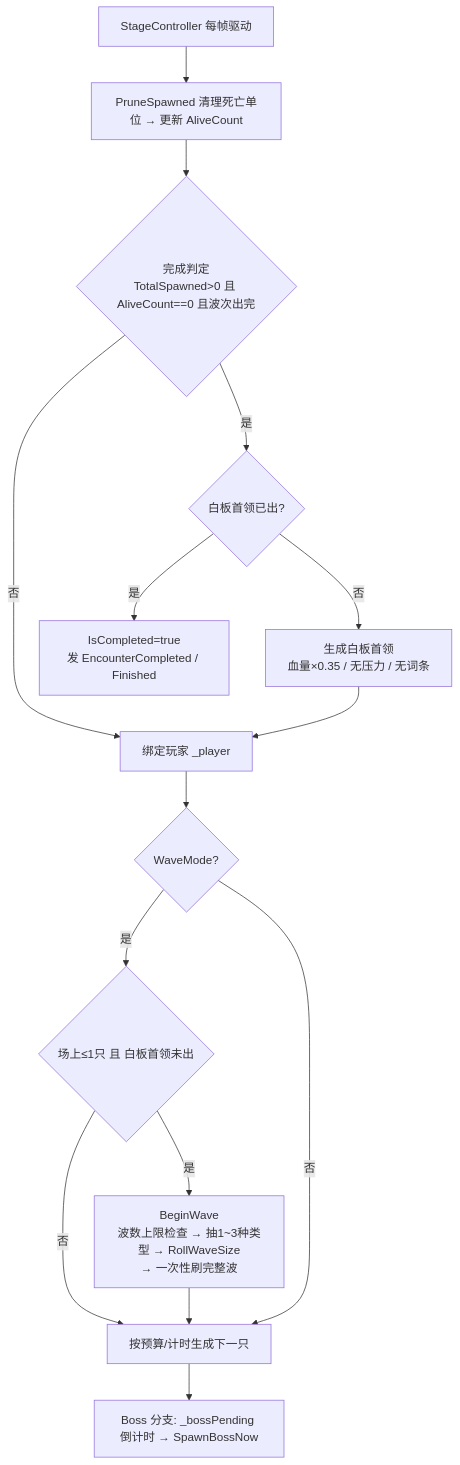
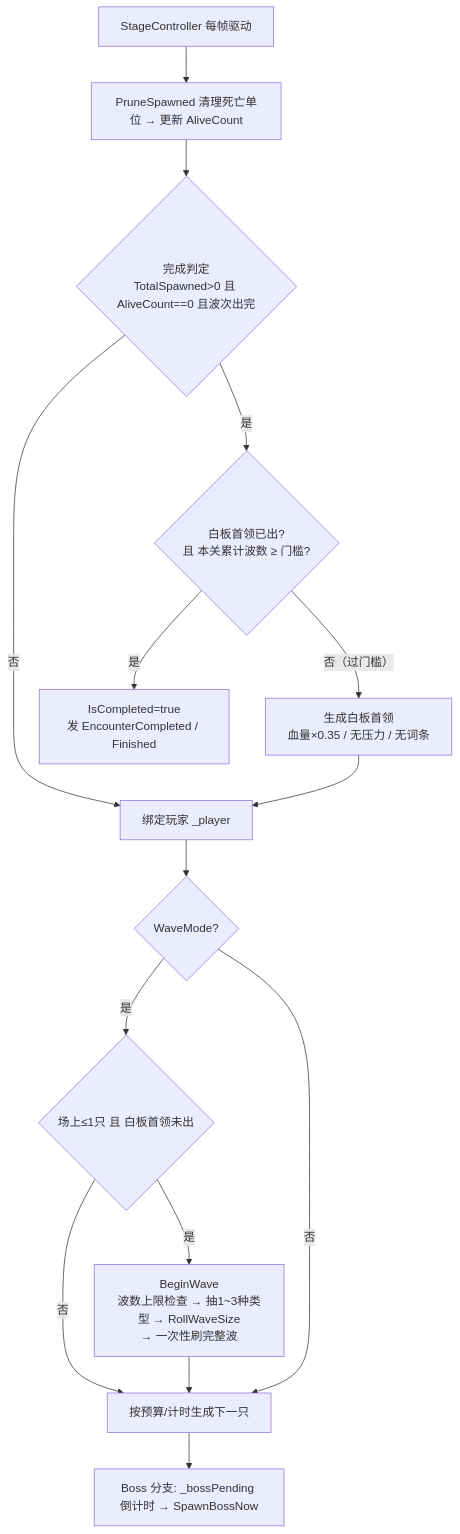
Before and after one commit to huayu-01/GamePJ: the first of 2 diagrams in docs/controller-flow.md, drawn with Mermaid. The commit also changed other lines of this file and 39 other files, not shown here.

````diff
--- a/docs/controller-flow.md
+++ b/docs/controller-flow.md
@@ -27,16 +33,16 @@
 ```mermaid
 flowchart TD
     A[StageController 每帧驱动] --> B[PruneSpawned 清理死亡单位 → 更新 AliveCount]
     B --> C{完成判定<br/>TotalSpawned>0 且 AliveCount==0 且波次出完}
     C -- 否 --> D[绑定玩家 _player]
-    C -- 是 --> E{白板首领已出?}
-    E -- 否 --> F[生成白板首领<br/>血量×0.35 / 无压力 / 无词条] --> D
+    C -- 是 --> E{白板首领已出?<br/>且 本关累计波数 ≥ 门槛?}
+    E -- 否（过门槛） --> F[生成白板首领<br/>血量×0.35 / 无压力 / 无词条] --> D
     E -- 是 --> G[IsCompleted=true<br/>发 EncounterCompleted / Finished]
     D --> H{WaveMode?}
     H -- 是 --> I{场上≤1只 且 白板首领未出}
     I -- 是 --> J[BeginWave<br/>波数上限检查 → 抽1~3种类型 → RollWaveSize<br/>→ 一次性刷完整波]
     I -- 否 --> K[按预算/计时生成下一只]
     J --> K
     H -- 否 --> K
     K --> L[Boss 分支: _bossPending 倒计时 → SpawnBossNow]
 ```
````
